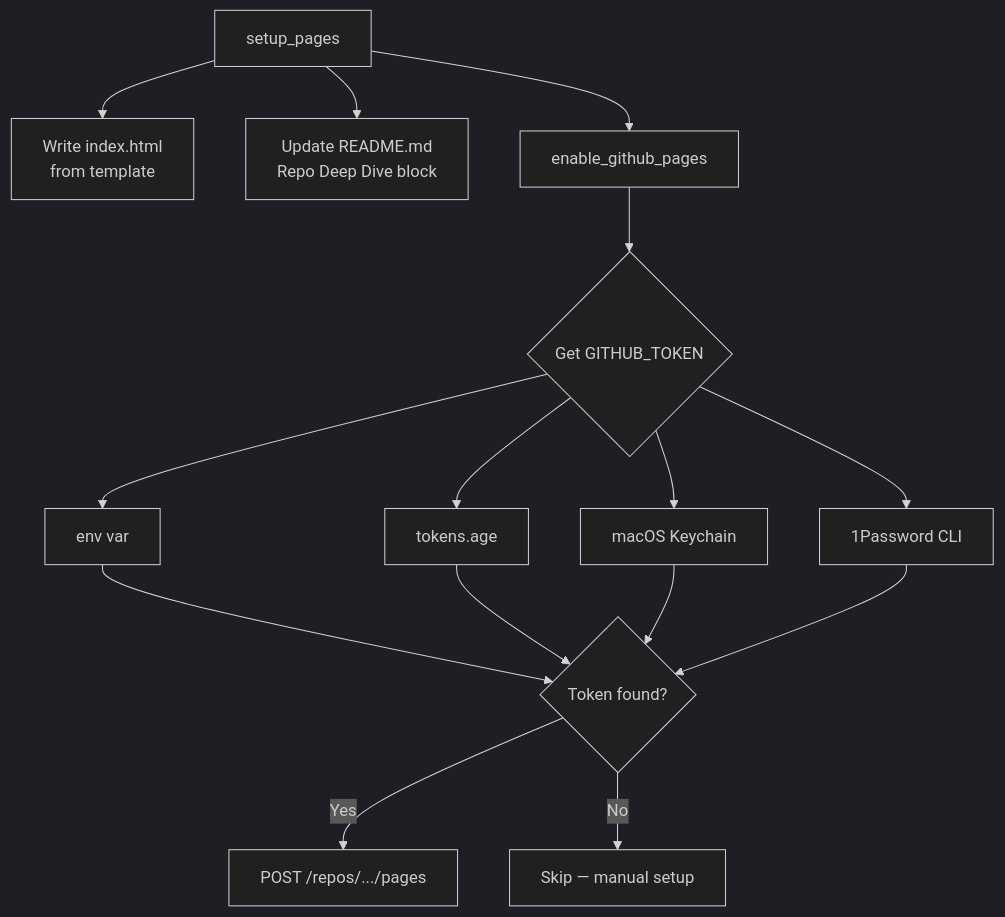
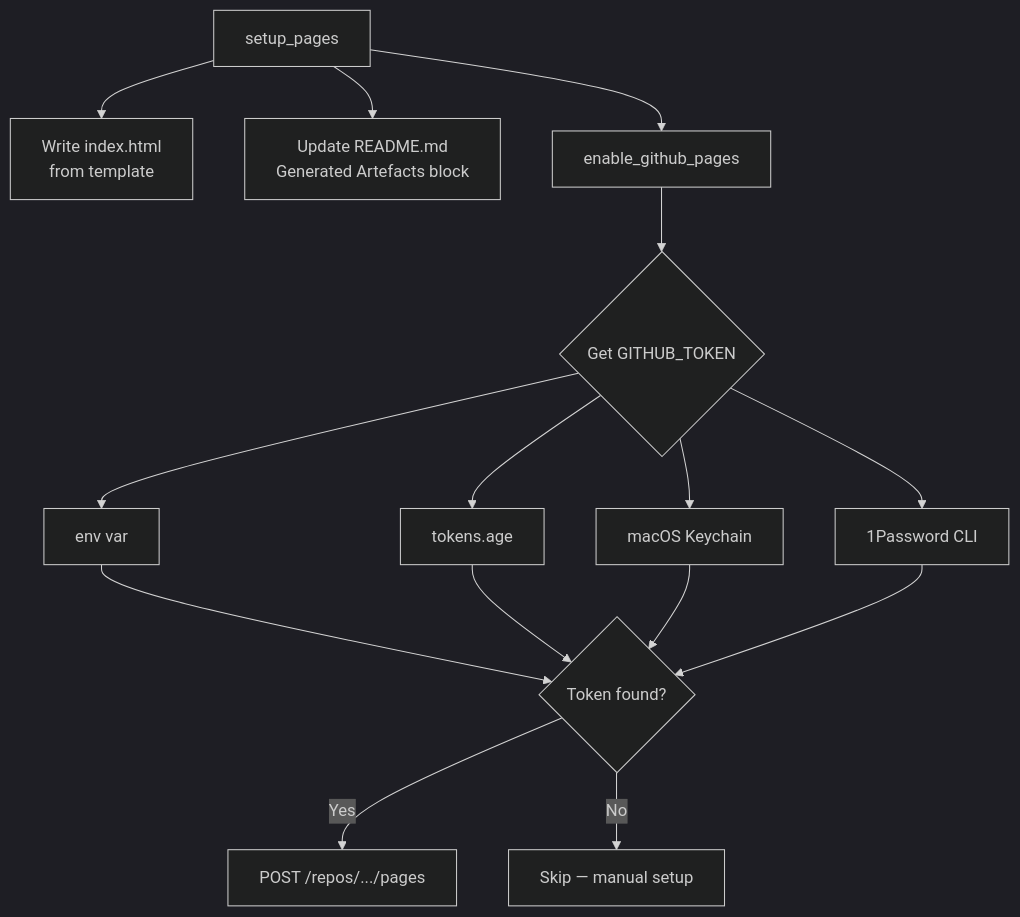
The fourth of 7 diagrams in docs/codemap.md (NetDevAutomate/notebooklm-repo-artefacts), drawn with Mermaid (dark theme) before and after one commit. The commit also changed other lines of this file and 17 other files, not shown here.

````diff
--- a/docs/codemap.md
+++ b/docs/codemap.md
@@ -133,14 +134,14 @@
 ```mermaid
 graph TD
     A[setup_pages] --> B[Write index.html<br/>from template]
-    A --> C[Update README.md<br/>Repo Deep Dive block]
+    A --> C[Update README.md<br/>Generated Artefacts block]
     A --> D[enable_github_pages]
     D --> E{Get GITHUB_TOKEN}
     E --> F[env var]
     E --> G[tokens.age]
     E --> H[macOS Keychain]
     E --> I[1Password CLI]
     F & G & H & I --> J{Token found?}
     J -->|Yes| K[POST /repos/.../pages]
     J -->|No| L[Skip — manual setup]
 ```
````
